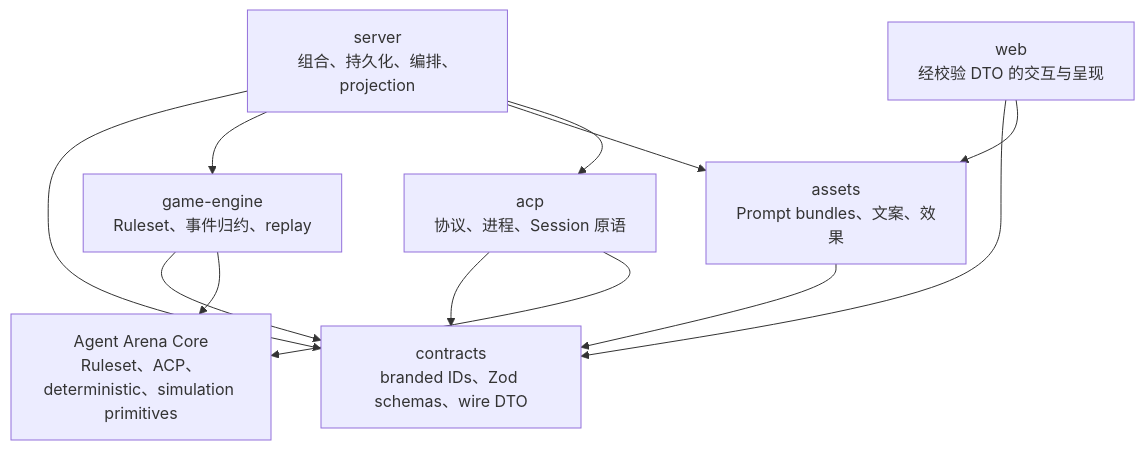
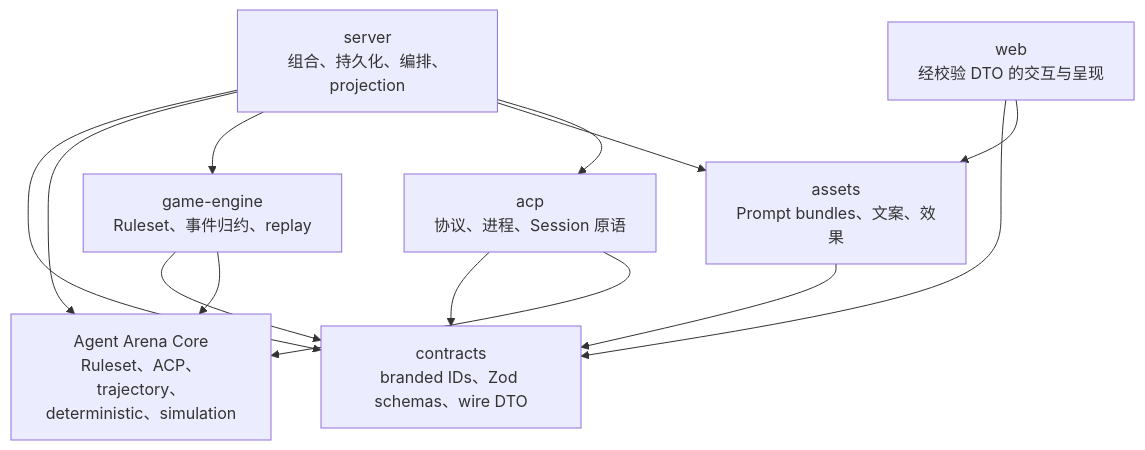
Before and after one commit to renewboy/agentwolf: the second of 3 diagrams in docs/architecture.md, drawn with Mermaid. The commit also changed other lines of this file and 11 other files, not shown here.

Commit message:
refactor: consume agent arena trajectory recorder

````diff
--- a/docs/architecture.md
+++ b/docs/architecture.md
@@ -73,22 +73,23 @@
 ```mermaid
 flowchart TB
-    Core["Agent Arena Core<br/>Ruleset、ACP、deterministic、simulation primitives"]
+    Core["Agent Arena Core<br/>Ruleset、ACP、trajectory、deterministic、simulation"]
     Contracts["contracts<br/>branded IDs、Zod schemas、wire DTO"]
     Engine["game-engine<br/>Ruleset、事件归约、replay"]
     Assets["assets<br/>Prompt bundles、文案、效果"]
     ACP["acp<br/>协议、进程、Session 原语"]
     Server["server<br/>组合、持久化、编排、projection"]
     Web["web<br/>经校验 DTO 的交互与呈现"]
 
     Engine --> Contracts
     Engine --> Core
     Assets --> Contracts
     ACP --> Contracts
     ACP --> Core
     Server --> Contracts
+    Server --> Core
     Server --> Engine
     Server --> Assets
     Server --> ACP
     Web --> Contracts
     Web --> Assets
 ```
````
